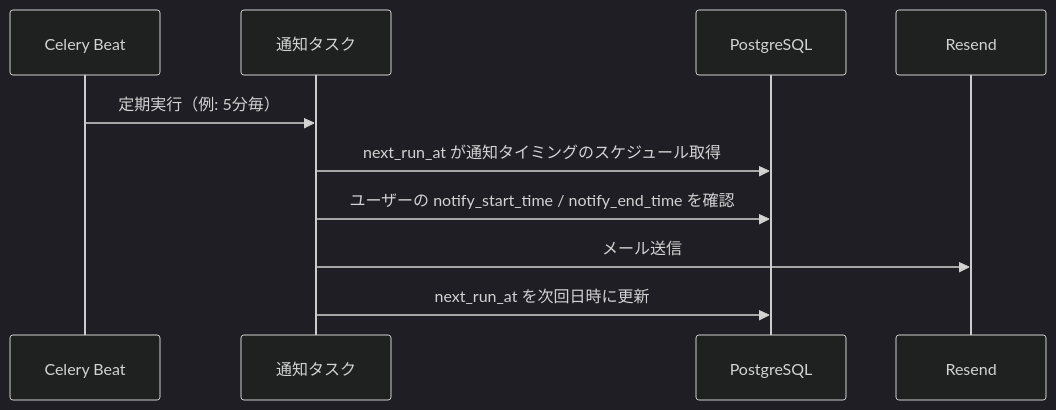
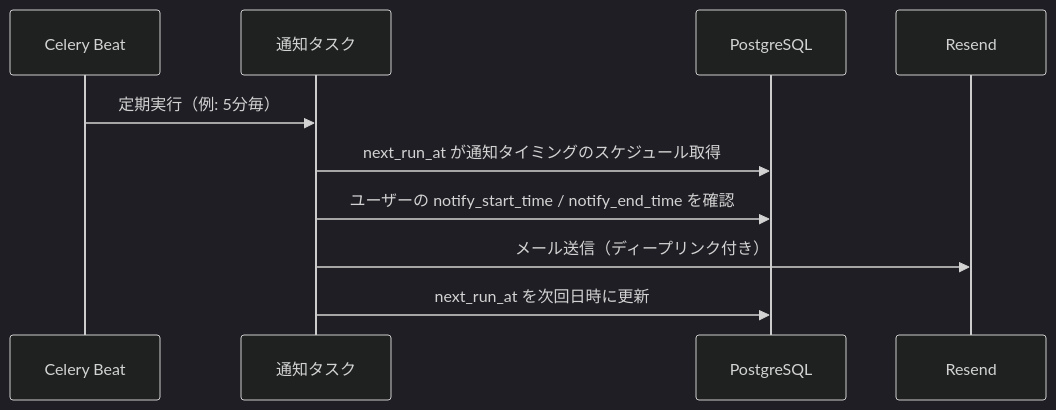
The sixth of 9 diagrams in docs/アーキテクチャ図.md (KF-5892/bonsai-management), drawn with Mermaid (dark theme) before and after one commit. The commit also changed other lines of this file and 6 other files, not shown here.

````diff
--- a/docs/アーキテクチャ図.md
+++ b/docs/アーキテクチャ図.md
@@ -82,12 +184,12 @@
 ```mermaid
 sequenceDiagram
     participant Beat as Celery Beat
     participant Task as 通知タスク
     participant DB as PostgreSQL
     participant Mail as Resend
     Beat->>Task: 定期実行（例: 5分毎）
     Task->>DB: next_run_at が通知タイミングのスケジュール取得
     Task->>DB: ユーザーの notify_start_time / notify_end_time を確認
-    Task->>Mail: メール送信
+    Task->>Mail: メール送信（ディープリンク付き）
     Task->>DB: next_run_at を次回日時に更新
 ```
````
